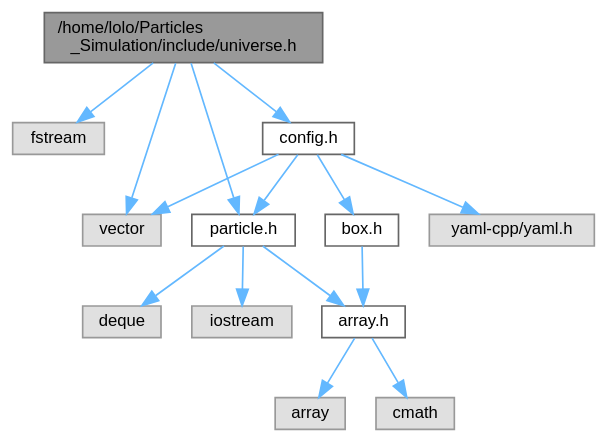
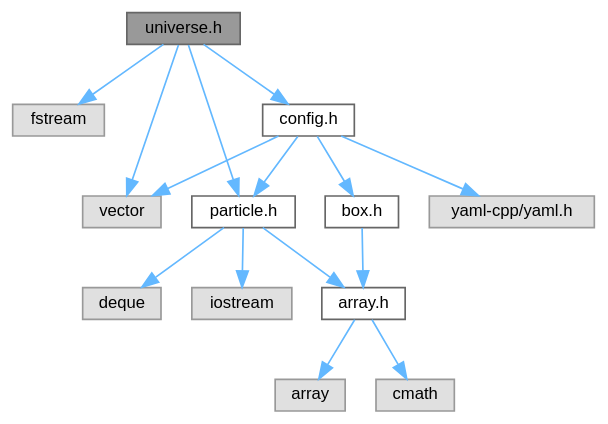
The diagram in docs/universe_8h__incl.dot (Kojittsu/Particles_Simulation), drawn with Graphviz before and after one commit. The commit also changed 89 other files, not shown here.

```diff
--- a/docs/universe_8h__incl.dot
+++ b/docs/universe_8h__incl.dot
@@ -1,33 +1,33 @@
-digraph "/home/lolo/Particles_Simulation/include/universe.h"
+digraph "universe.h"
 {
  // LATEX_PDF_SIZE
   bgcolor="transparent";
   edge [fontname=Helvetica,fontsize=10,labelfontname=Helvetica,labelfontsize=10];
   node [fontname=Helvetica,fontsize=10,shape=box,height=0.2,width=0.4];
-  Node1 [id="Node000001",label="/home/lolo/Particles\l_Simulation/include/universe.h",height=0.2,width=0.4,color="gray40", fillcolor="grey60", style="filled", fontcolor="black",tooltip=" "];
+  Node1 [id="Node000001",label="universe.h",height=0.2,width=0.4,color="gray40", fillcolor="grey60", style="filled", fontcolor="black",tooltip=" "];
   Node1 -> Node2 [id="edge1_Node000001_Node000002",color="steelblue1",style="solid",tooltip=" "];
   Node2 [id="Node000002",label="fstream",height=0.2,width=0.4,color="grey60", fillcolor="#E0E0E0", style="filled",tooltip=" "];
   Node1 -> Node3 [id="edge2_Node000001_Node000003",color="steelblue1",style="solid",tooltip=" "];
   Node3 [id="Node000003",label="vector",height=0.2,width=0.4,color="grey60", fillcolor="#E0E0E0", style="filled",tooltip=" "];
   Node1 -> Node4 [id="edge3_Node000001_Node000004",color="steelblue1",style="solid",tooltip=" "];
   Node4 [id="Node000004",label="particle.h",height=0.2,width=0.4,color="grey40", fillcolor="white", style="filled",URL="$particle_8h.html",tooltip=" "];
   Node4 -> Node5 [id="edge4_Node000004_Node000005",color="steelblue1",style="solid",tooltip=" "];
   Node5 [id="Node000005",label="iostream",height=0.2,width=0.4,color="grey60", fillcolor="#E0E0E0", style="filled",tooltip=" "];
   Node4 -> Node6 [id="edge5_Node000004_Node000006",color="steelblue1",style="solid",tooltip=" "];
   Node6 [id="Node000006",label="deque",height=0.2,width=0.4,color="grey60", fillcolor="#E0E0E0", style="filled",tooltip=" "];
   Node4 -> Node7 [id="edge6_Node000004_Node000007",color="steelblue1",style="solid",tooltip=" "];
   Node7 [id="Node000007",label="array.h",height=0.2,width=0.4,color="grey40", fillcolor="white", style="filled",URL="$array_8h.html",tooltip=" "];
   Node7 -> Node8 [id="edge7_Node000007_Node000008",color="steelblue1",style="solid",tooltip=" "];
   Node8 [id="Node000008",label="array",height=0.2,width=0.4,color="grey60", fillcolor="#E0E0E0", style="filled",tooltip=" "];
   Node7 -> Node9 [id="edge8_Node000007_Node000009",color="steelblue1",style="solid",tooltip=" "];
   Node9 [id="Node000009",label="cmath",height=0.2,width=0.4,color="grey60", fillcolor="#E0E0E0", style="filled",tooltip=" "];
   Node1 -> Node10 [id="edge9_Node000001_Node000010",color="steelblue1",style="solid",tooltip=" "];
   Node10 [id="Node000010",label="config.h",height=0.2,width=0.4,color="grey40", fillcolor="white", style="filled",URL="$config_8h.html",tooltip=" "];
   Node10 -> Node3 [id="edge10_Node000010_Node000003",color="steelblue1",style="solid",tooltip=" "];
   Node10 -> Node11 [id="edge11_Node000010_Node000011",color="steelblue1",style="solid",tooltip=" "];
   Node11 [id="Node000011",label="yaml-cpp/yaml.h",height=0.2,width=0.4,color="grey60", fillcolor="#E0E0E0", style="filled",tooltip=" "];
   Node10 -> Node4 [id="edge12_Node000010_Node000004",color="steelblue1",style="solid",tooltip=" "];
   Node10 -> Node12 [id="edge13_Node000010_Node000012",color="steelblue1",style="solid",tooltip=" "];
   Node12 [id="Node000012",label="box.h",height=0.2,width=0.4,color="grey40", fillcolor="white", style="filled",URL="$box_8h.html",tooltip=" "];
   Node12 -> Node7 [id="edge14_Node000012_Node000007",color="steelblue1",style="solid",tooltip=" "];
 }
```
